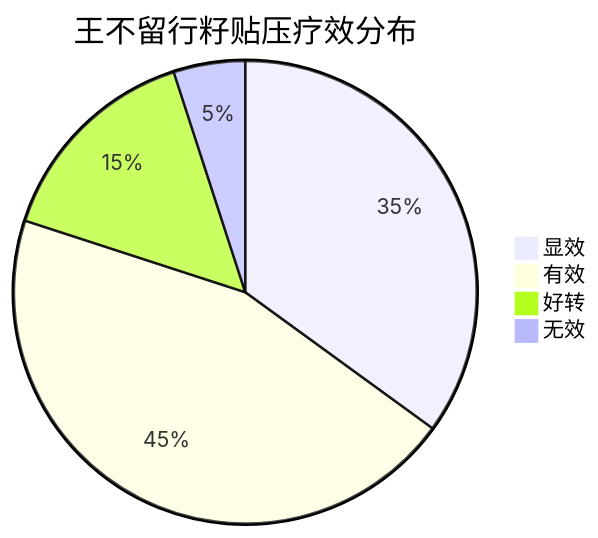
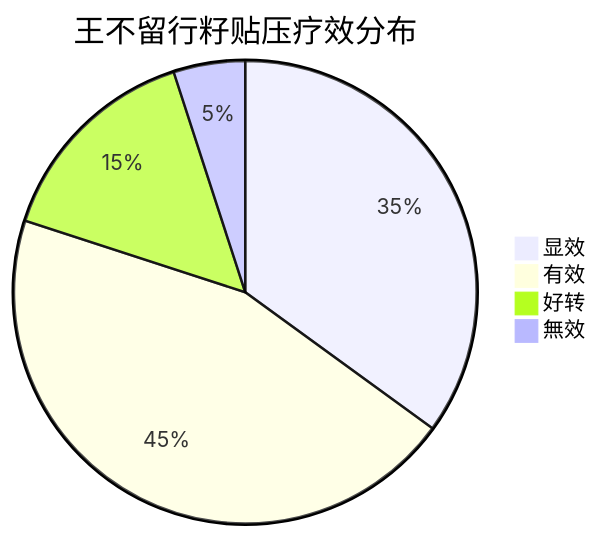
One commit to kmjade/knowledge-value changed the fourth of 4 diagrams in 3 Resources/01-Tech/🏥 专业知识/耳穴知识库/03-臨床應用/王不留行籽贴压技术.md. Above: the diagram before and after it, drawn with Mermaid. The commit also changed other lines of this file and 653 other files, not shown here.

````diff
--- a/3 Resources/01-Tech/🏥 专业知识/耳穴知识库/03-臨床應用/王不留行籽贴压技术.md
+++ b/3 Resources/01-Tech/🏥 专业知识/耳穴知识库/03-臨床應用/王不留行籽贴压技术.md
@@ -177,7 +177,7 @@
 ```mermaid
 pie title 王不留行籽贴压疗效分布
     "显效" : 35
     "有效" : 45
     "好转" : 15
-    "无效" : 5
+    "無效" : 5
 ```
````
